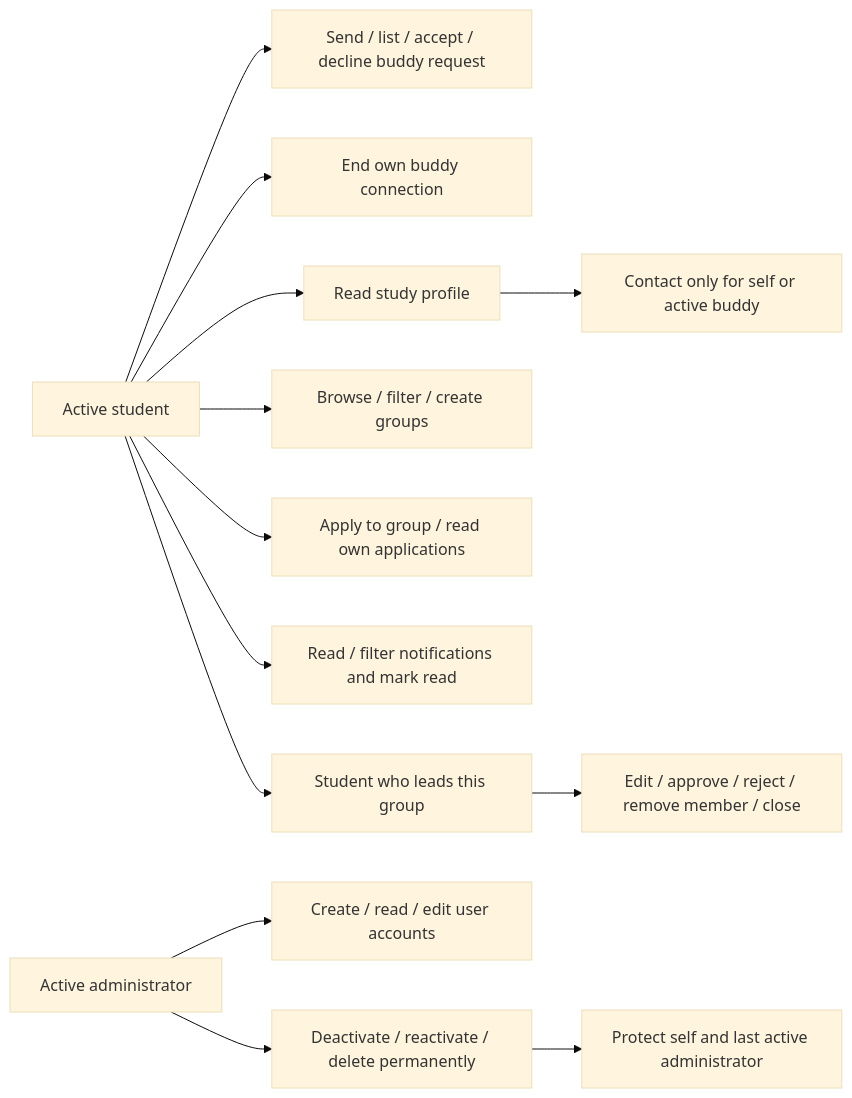
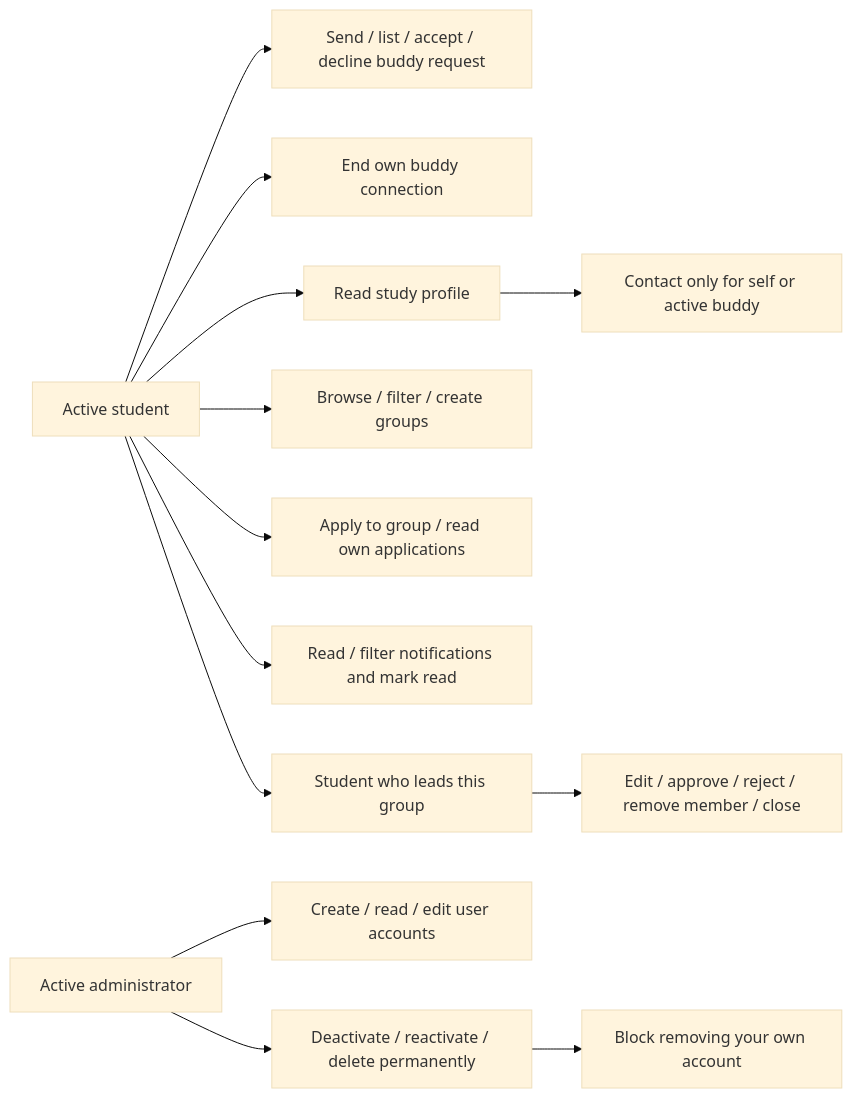
Before and after one commit to aryan12singh/study-buddy-matcher: the first of 6 diagrams in docs/diagrams/TEAM_C.md, drawn with Mermaid (base theme). The commit also changed 17 other files, not shown here.

````diff
--- a/docs/diagrams/TEAM_C.md
+++ b/docs/diagrams/TEAM_C.md
@@ -12,15 +12,15 @@
 ```mermaid
 flowchart LR
     Student[Active student] --> Buddy[Send / list / accept / decline buddy request]
     Student --> End[End own buddy connection]
     Student --> Profile[Read study profile]
     Student --> Browse[Browse / filter / create groups]
     Student --> Apply[Apply to group / read own applications]
     Student --> Events[Read / filter notifications and mark read]
     Student --> Leader[Student who leads this group]
     Leader --> Manage[Edit / approve / reject / remove member / close]
     Admin[Active administrator] --> Accounts[Create / read / edit user accounts]
     Admin --> Lifecycle[Deactivate / reactivate / delete permanently]
     Profile --> Privacy[Contact only for self or active buddy]
-    Lifecycle --> Guard[Protect self and last active administrator]
+    Lifecycle --> Guard[Block removing your own account]
 ```
````
